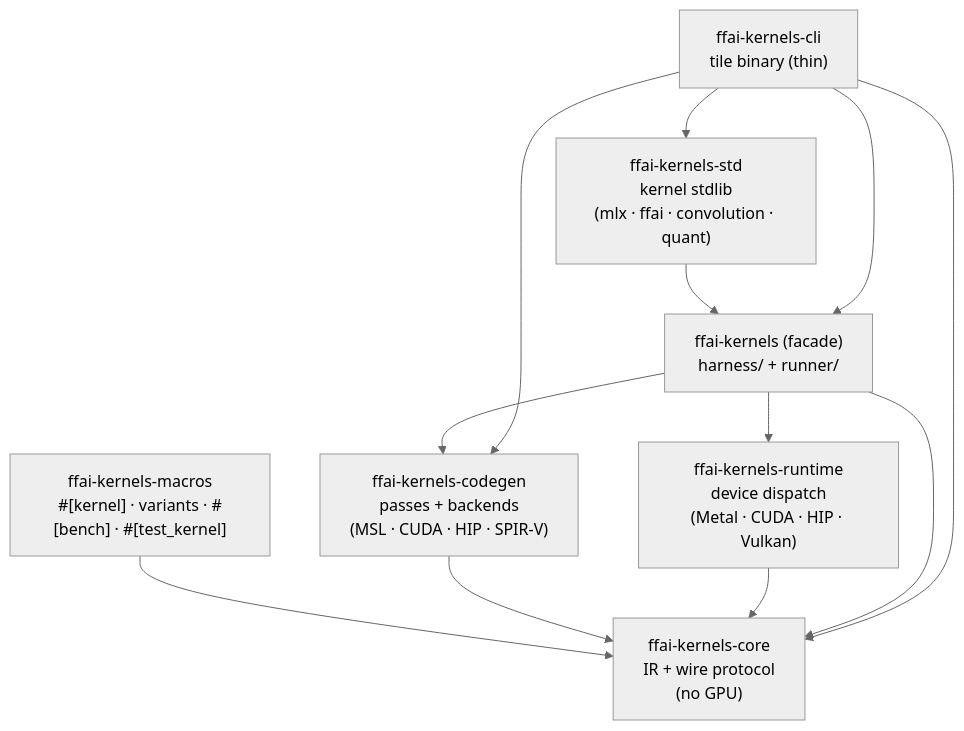
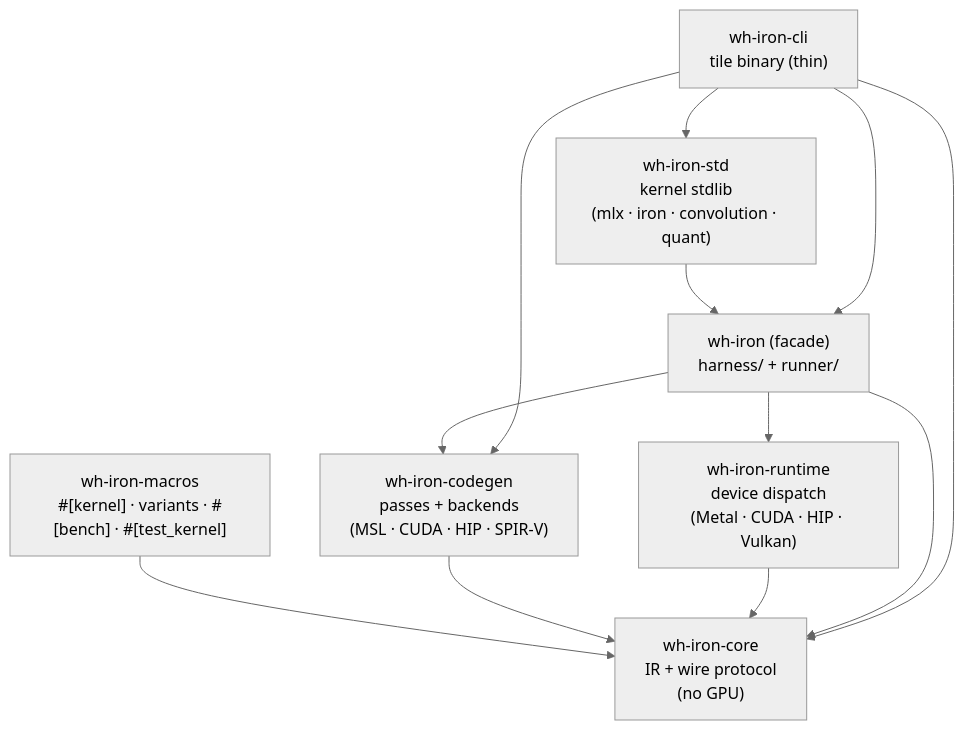
One commit to giveen/iron changed the first of 6 diagrams in docs/specs/ARCHITECTURE.md. Above: the diagram before and after it, drawn with Mermaid (neutral theme). The commit also changed other lines of this file and 1096 other files, not shown here.

````diff
--- a/docs/specs/ARCHITECTURE.md
+++ b/docs/specs/ARCHITECTURE.md
@@ -30,22 +30,22 @@
 ```mermaid
 flowchart TD
-    macros["ffai-kernels-macros<br/>#[kernel] · variants · #[bench] · #[test_kernel]"]
-    core["ffai-kernels-core<br/>IR + wire protocol<br/>(no GPU)"]
-    codegen["ffai-kernels-codegen<br/>passes + backends<br/>(MSL · CUDA · HIP · SPIR-V)"]
-    runtime["ffai-kernels-runtime<br/>device dispatch<br/>(Metal · CUDA · HIP · Vulkan)"]
-    facade["ffai-kernels (facade)<br/>harness/ + runner/"]
-    std["ffai-kernels-std<br/>kernel stdlib<br/>(mlx · ffai · convolution · quant)"]
-    cli["ffai-kernels-cli<br/>tile binary (thin)"]
+    macros["wh-iron-macros<br/>#[kernel] · variants · #[bench] · #[test_kernel]"]
+    core["wh-iron-core<br/>IR + wire protocol<br/>(no GPU)"]
+    codegen["wh-iron-codegen<br/>passes + backends<br/>(MSL · CUDA · HIP · SPIR-V)"]
+    runtime["wh-iron-runtime<br/>device dispatch<br/>(Metal · CUDA · HIP · Vulkan)"]
+    facade["wh-iron (facade)<br/>harness/ + runner/"]
+    std["wh-iron-std<br/>kernel stdlib<br/>(mlx · iron · convolution · quant)"]
+    cli["wh-iron-cli<br/>tile binary (thin)"]
 
     macros --> core
     codegen --> core
     runtime --> core
     facade --> core
     facade --> codegen
     facade --> runtime
     std --> facade
     cli --> facade
     cli --> codegen
     cli --> std
     cli --> core
 ```
````
